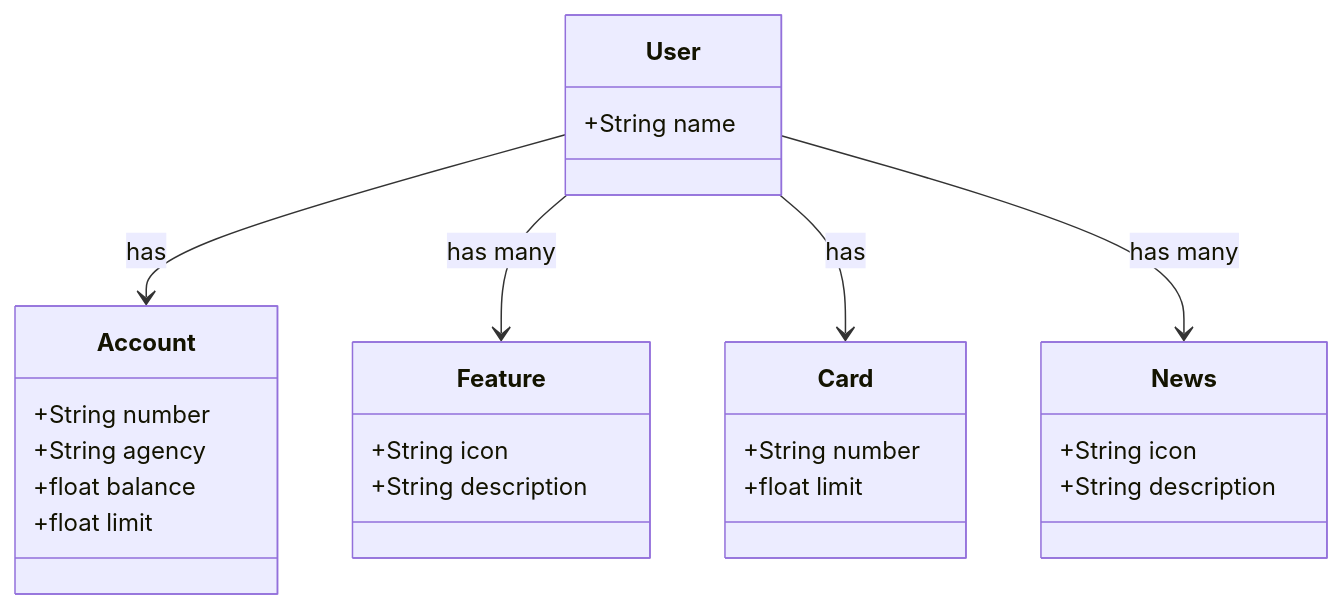
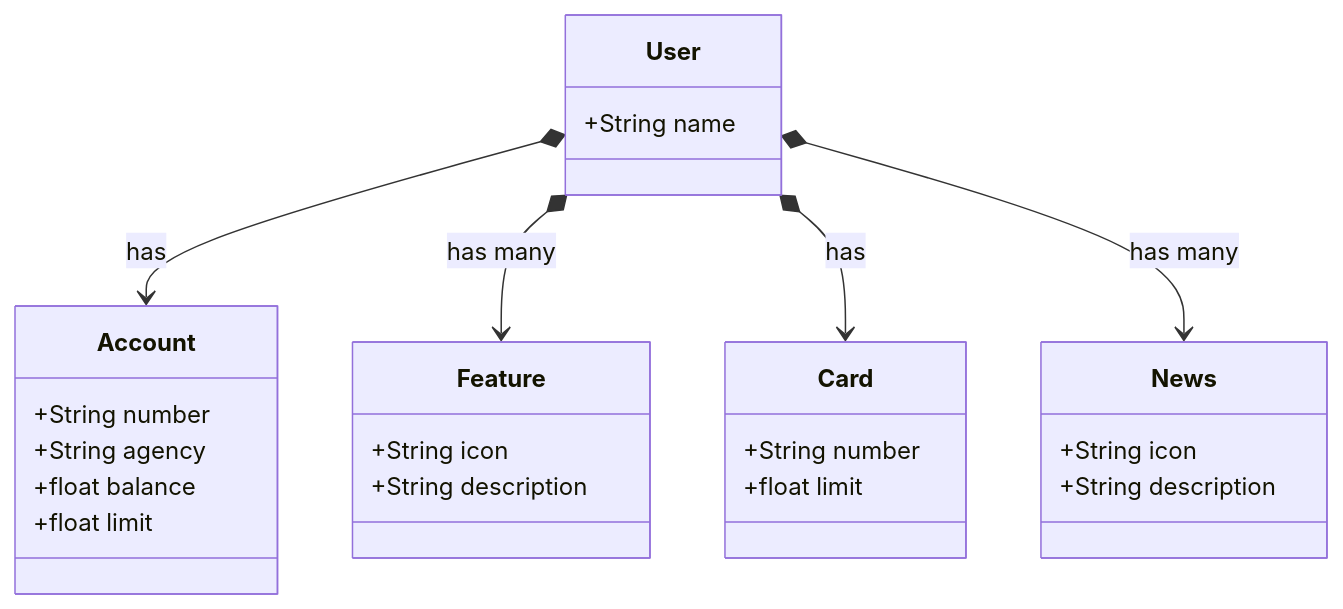
The diagram in README.md (NatanNMendes/dio-santander-dev-Week), drawn with Mermaid before and after one commit.

````diff
--- a/README.md
+++ b/README.md
@@ -4,33 +4,33 @@
 ```mermaid
 classDiagram
     class User {
         +String name
     }
 
     class Account {
         +String number
         +String agency
         +float balance
         +float limit
     }
 
     class Feature {
         +String icon
         +String description
     }
 
     class Card {
         +String number
         +float limit
     }
 
     class News {
         +String icon
         +String description
     }
 
-    User --> Account : has
-    User --> Feature : has many
-    User --> Card : has
-    User --> News : has many
+    User *--> Account : has
+    User *--> Feature : has many
+    User *--> Card : has
+    User *--> News : has many
 ```
````
